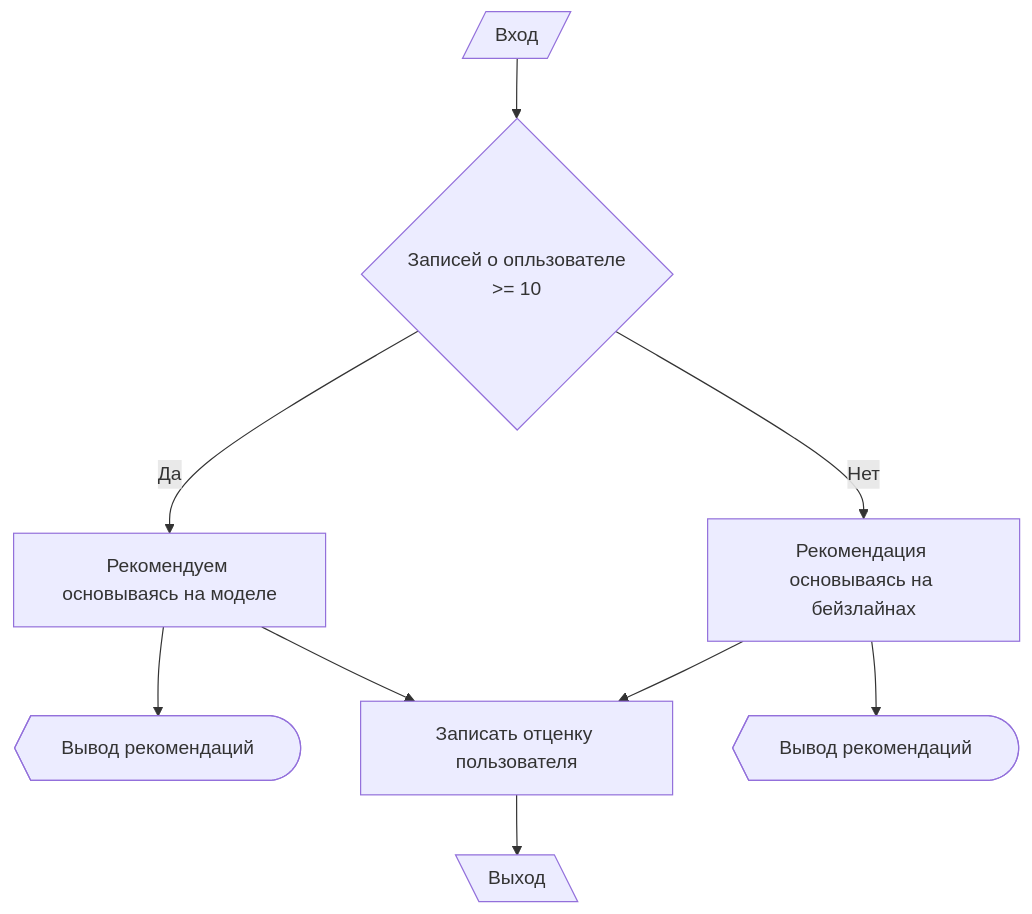
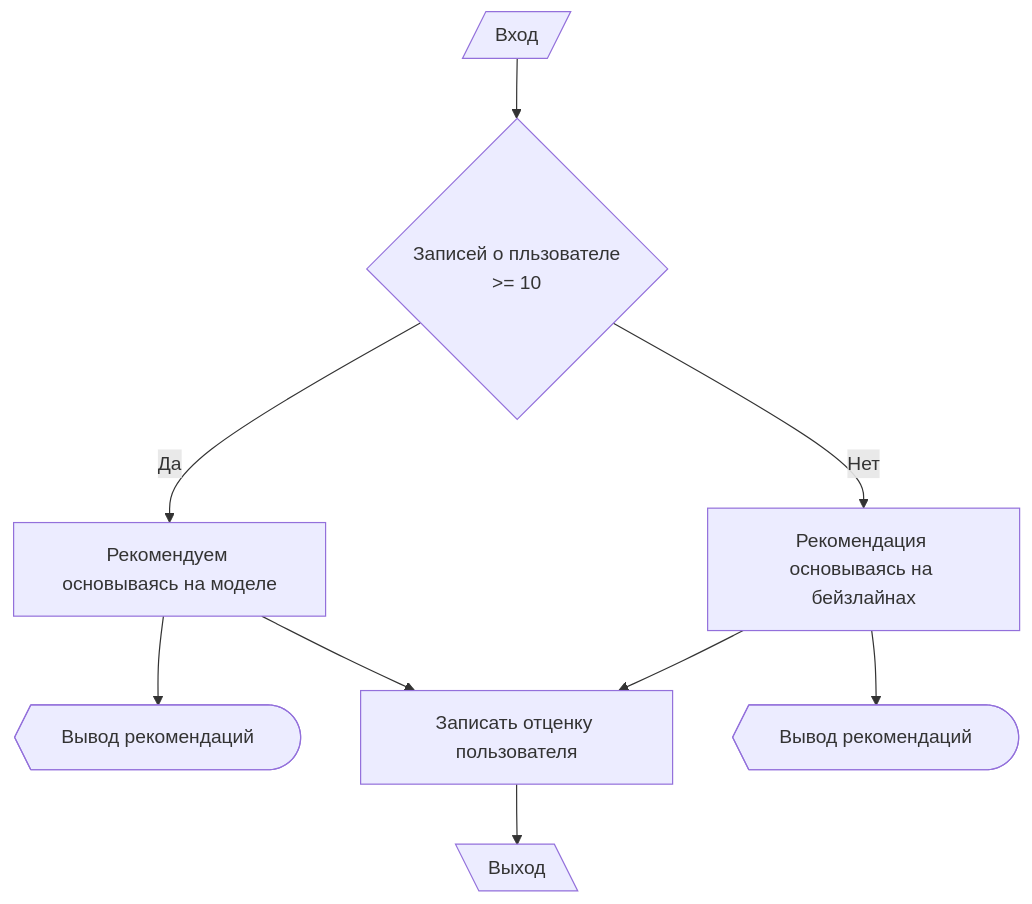
Before and after one commit to Kyrliyki/Project-Recommendations-: the third of 3 diagrams in docs/ARCHITECTURE.md, drawn with Mermaid.

````diff
--- a/docs/ARCHITECTURE.md
+++ b/docs/ARCHITECTURE.md
@@ -76,31 +76,31 @@
 ```mermaid
 flowchart TB
 
-    C@{ label: "Записей о опльзователе<br style=\"--tw-scale-x:\">&gt;= 10" } -- Да --> D["Рекомендуем основываясь на моделе"]
+    C@{ label: "Записей о пльзователе<br style=\"--tw-scale-x:\">&gt;= 10" } -- Да --> D["Рекомендуем основываясь на моделе"]
 
     C -- Нет --> F@{ label: "<span style=\"color:\">Рекомендация основываясь на <font face=\"-apple-system,\"><span style=\"font-size:\">бейзлайнах</span></font></span>" }
 
     A["Вход"] --> C
 
     F --> n2["Записать отценку пользователя"] & n6["Вывод рекомендаций"]
 
     D --> n7["Вывод рекомендаций"] & n2
 
     n2 --> n8["Выход"]
 
   
 
     C@{ shape: diam}
 
     F@{ shape: rect}
 
     A@{ shape: lean-r}
 
     n2@{ shape: rect}
 
     n6@{ shape: display}
 
     n7@{ shape: display}
 
     n8@{ shape: lean-l}
 ```
````
